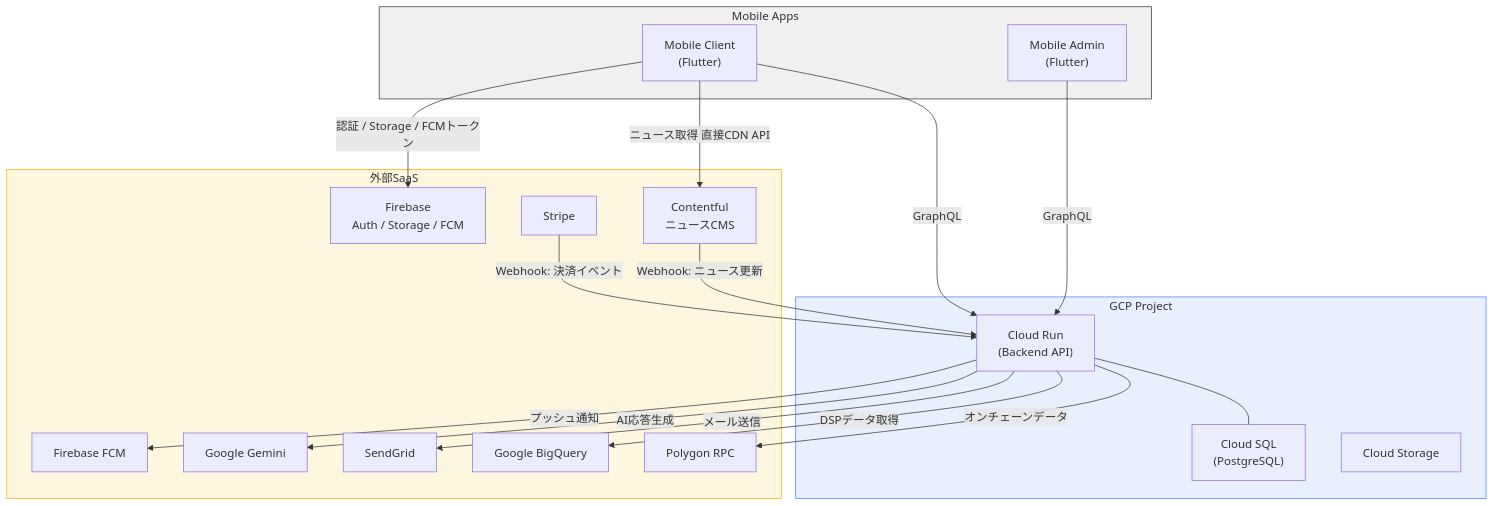
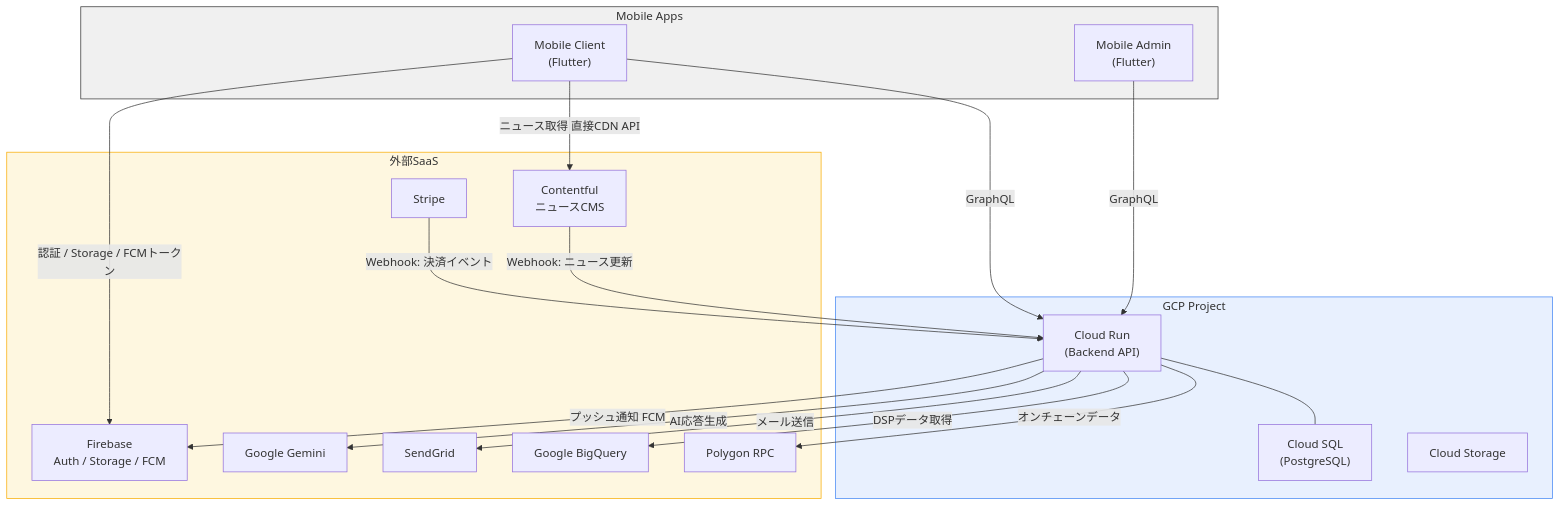
The third of 5 diagrams in docs/infrastructure-specification.md (sc-hosokawa/frienda), drawn with Mermaid before and after one commit. The commit also changed other lines of this file, not shown here.

````diff
--- a/docs/infrastructure-specification.md
+++ b/docs/infrastructure-specification.md
@@ -184,48 +184,47 @@
 ```mermaid
 graph TB
     subgraph Mobile["Mobile Apps"]
         MC["Mobile Client<br/>(Flutter)"]
         MA["Mobile Admin<br/>(Flutter)"]
     end
 
     subgraph GCP["GCP Project"]
         CR["Cloud Run<br/>(Backend API)"]
         CS["Cloud SQL<br/>(PostgreSQL)"]
         ST["Cloud Storage"]
         CR --- CS
     end
 
     subgraph SaaS["外部SaaS"]
         FB["Firebase<br/>Auth / Storage / FCM"]
         CTF["Contentful<br/>ニュースCMS"]
-        FCM["Firebase FCM"]
         GEMINI["Google Gemini"]
         SG["SendGrid"]
         BQ["Google BigQuery"]
         POLY["Polygon RPC"]
         STRIPE["Stripe"]
     end
 
     %% Mobile → GCP
     MC -->|GraphQL| CR
     MA -->|GraphQL| CR
 
     %% Mobile → 外部SaaS (直接通信)
     MC -->|認証 / Storage / FCMトークン| FB
     MC -->|ニュース取得 直接CDN API| CTF
 
     %% Backend → 外部SaaS
-    CR -->|プッシュ通知| FCM
+    CR -->|プッシュ通知 FCM| FB
     CR -->|AI応答生成| GEMINI
     CR -->|メール送信| SG
     CR -->|DSPデータ取得| BQ
     CR -->|オンチェーンデータ| POLY
 
     %% 外部SaaS → Backend (Webhook)
     STRIPE -->|Webhook: 決済イベント| CR
     CTF -->|Webhook: ニュース更新| CR
 
     style Mobile fill:#f0f0f0,stroke:#333
     style GCP fill:#e8f0fe,stroke:#4285f4
     style SaaS fill:#fef7e0,stroke:#f9ab00
 ```
````
